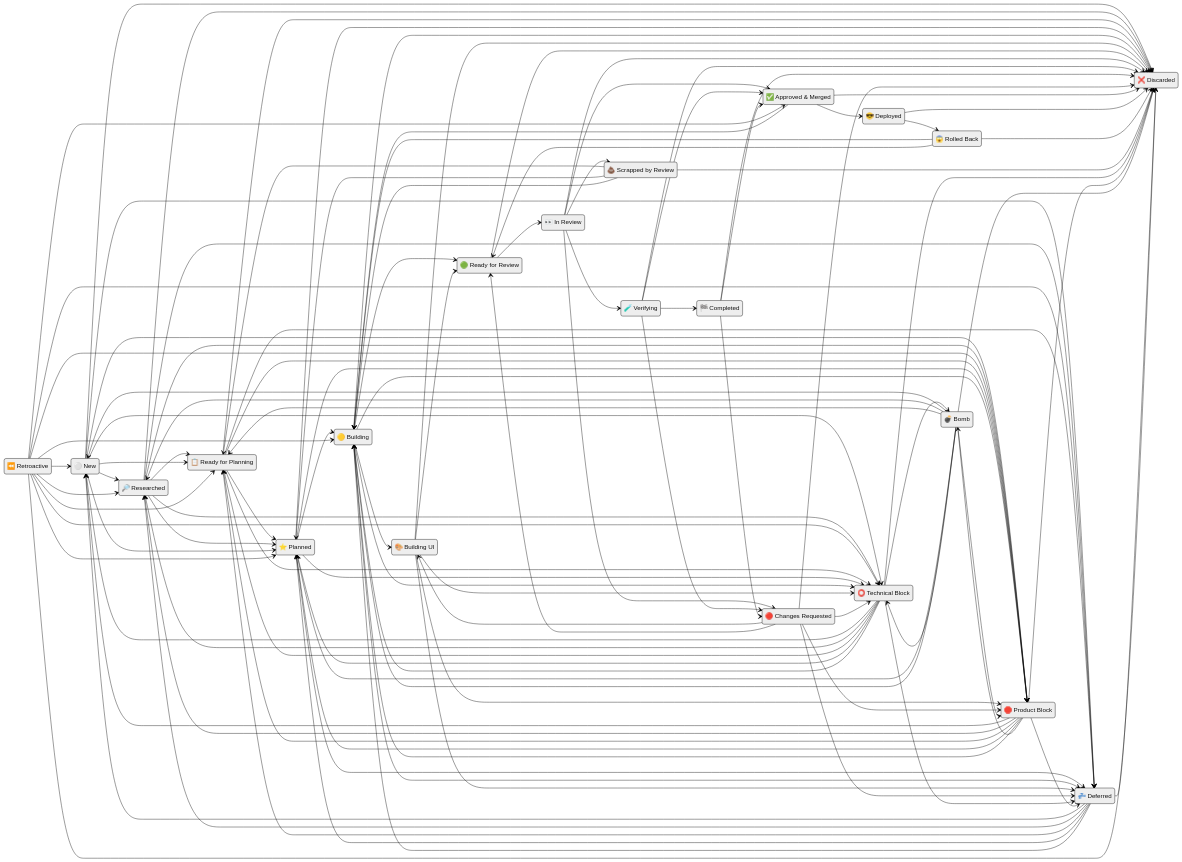
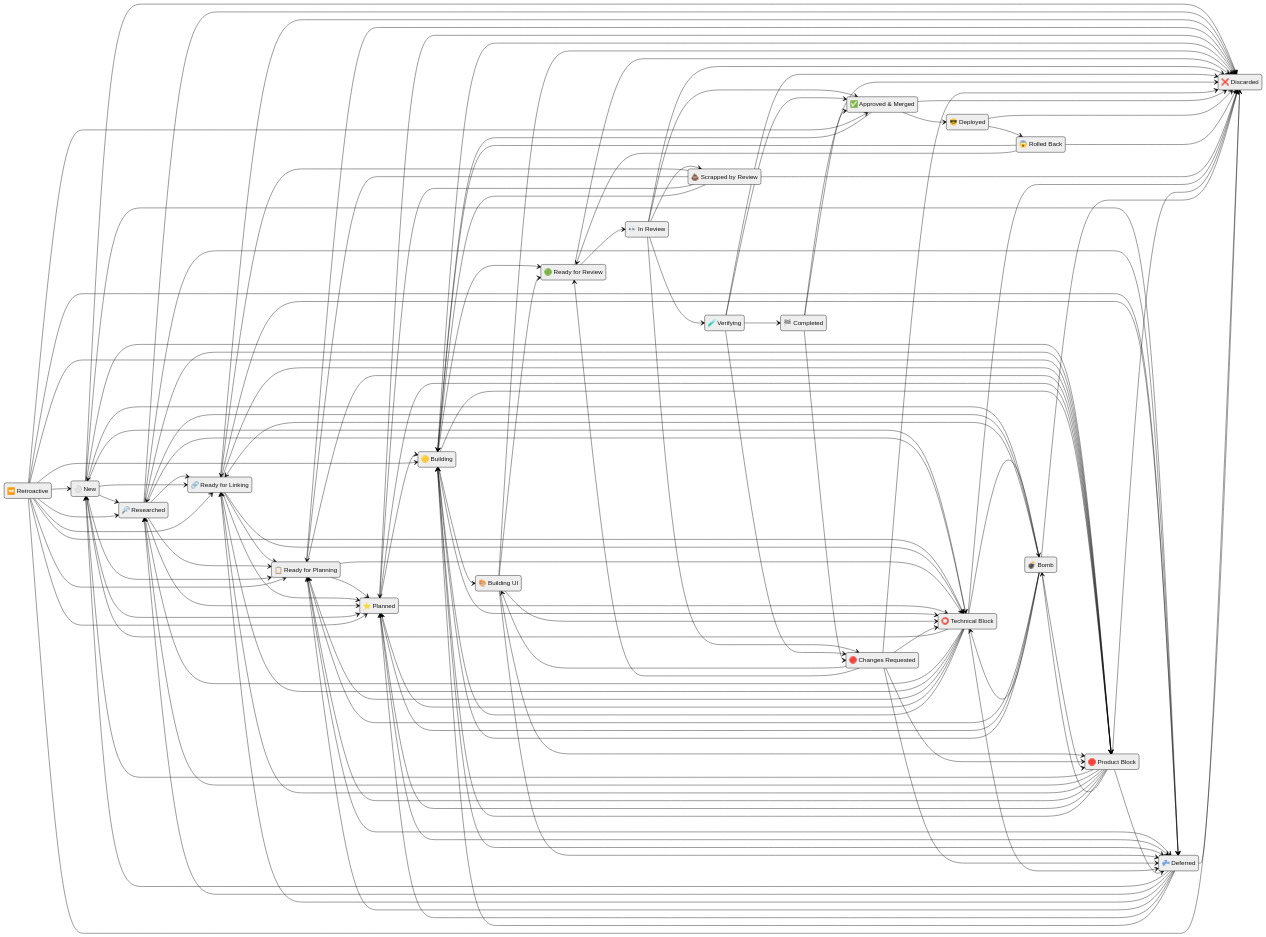
Before and after one commit to kigster/openlanes: the diagram in docs/WORKFLOW.md, drawn with Mermaid (neutral theme). The commit also changed other lines of this file and 32 other files, not shown here.

```diff
--- a/docs/WORKFLOW.md
+++ b/docs/WORKFLOW.md
@@ -167,6 +169,7 @@
     direction LR
     new : ⚪ New
     researched : 🔎 Researched
+    ready_for_linking : 🔗 Ready for Linking
     ready_for_planning : 📋 Ready for Planning
     planned : ⭐ Planned
     building : 🟡 Building
@@ -198,6 +201,15 @@
     product_blocked --> researched
     bomb --> researched
     deferred --> researched
+    researched --> ready_for_linking
+    new --> ready_for_linking
+    retroactive --> ready_for_linking
+    shit --> ready_for_linking
+    blocked --> ready_for_linking
+    product_blocked --> ready_for_linking
+    bomb --> ready_for_linking
+    deferred --> ready_for_linking
+    ready_for_linking --> ready_for_planning
     researched --> ready_for_planning
     new --> ready_for_planning
     retroactive --> ready_for_planning
@@ -207,6 +219,7 @@
     bomb --> ready_for_planning
     deferred --> ready_for_planning
     ready_for_planning --> planned
+    ready_for_linking --> planned
     researched --> planned
     new --> planned
     retroactive --> planned
@@ -246,6 +259,7 @@
     new --> blocked
     researched --> blocked
     retroactive --> blocked
+    ready_for_linking --> blocked
     ready_for_planning --> blocked
     planned --> blocked
     building --> blocked
@@ -255,6 +269,7 @@
     new --> product_blocked
     researched --> product_blocked
     retroactive --> product_blocked
+    ready_for_linking --> product_blocked
     ready_for_planning --> product_blocked
     planned --> product_blocked
     building --> product_blocked
@@ -266,6 +281,7 @@
     new --> deferred
     researched --> deferred
     retroactive --> deferred
+    ready_for_linking --> deferred
     ready_for_planning --> deferred
     planned --> deferred
     building --> deferred
@@ -275,6 +291,7 @@
     product_blocked --> deferred
     new --> discarded
     researched --> discarded
+    ready_for_linking --> discarded
     ready_for_planning --> discarded
     planned --> discarded
     building --> discarded
```
